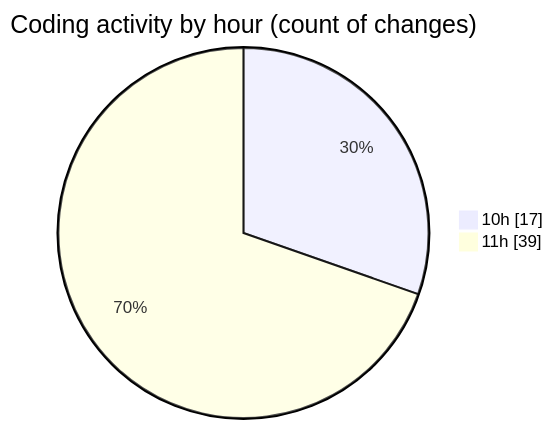
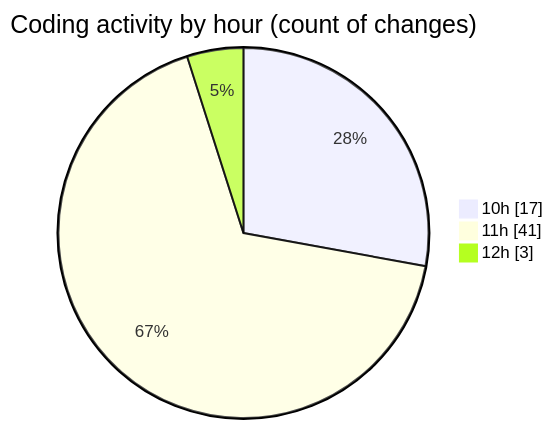
The second of 2 diagrams in 2025-10-06/cda/README.md (momahboobian/code-tracking), drawn with Mermaid before and after one commit. The commit also changed other lines of this file and 1 other file, not shown here.

````diff
--- a/2025-10-06/cda/README.md
+++ b/2025-10-06/cda/README.md
@@ -33,6 +33,7 @@
 ```mermaid
 pie showData
 title Coding activity by hour (count of changes)
 "10h" : 17
-"11h" : 39
+"11h" : 41
+"12h" : 3
 ```
````
